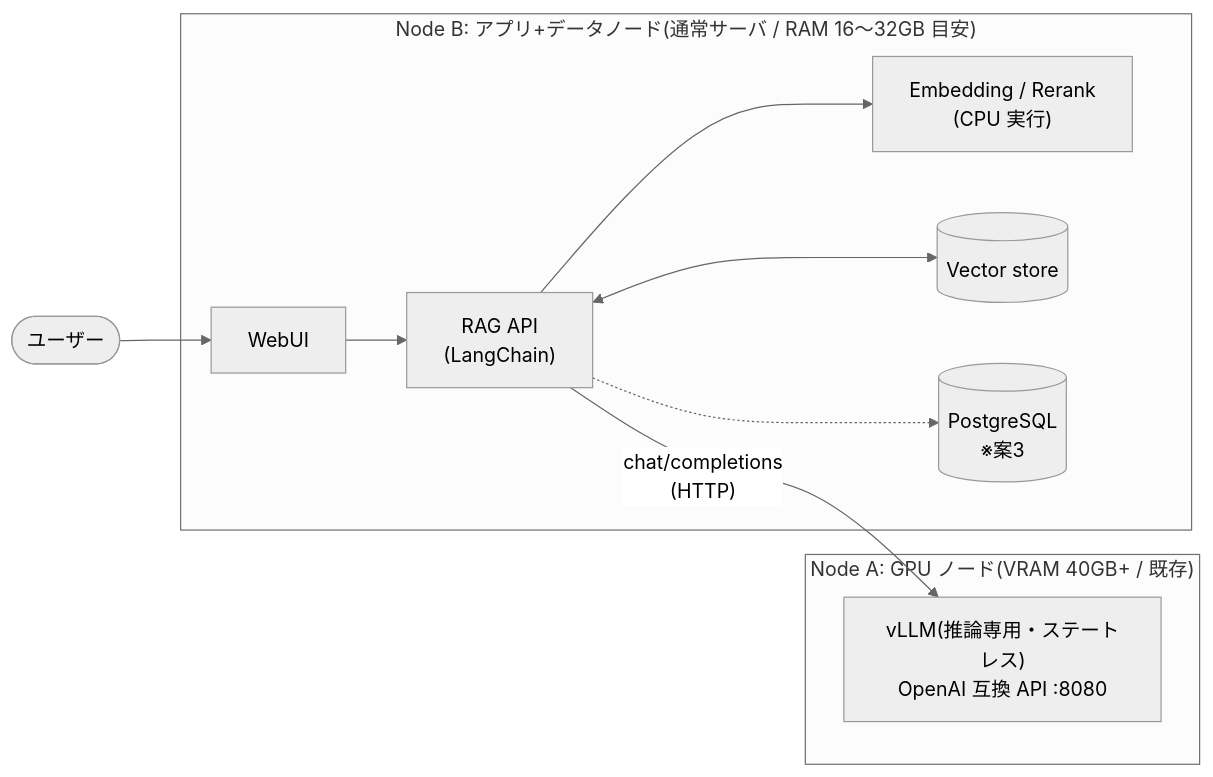
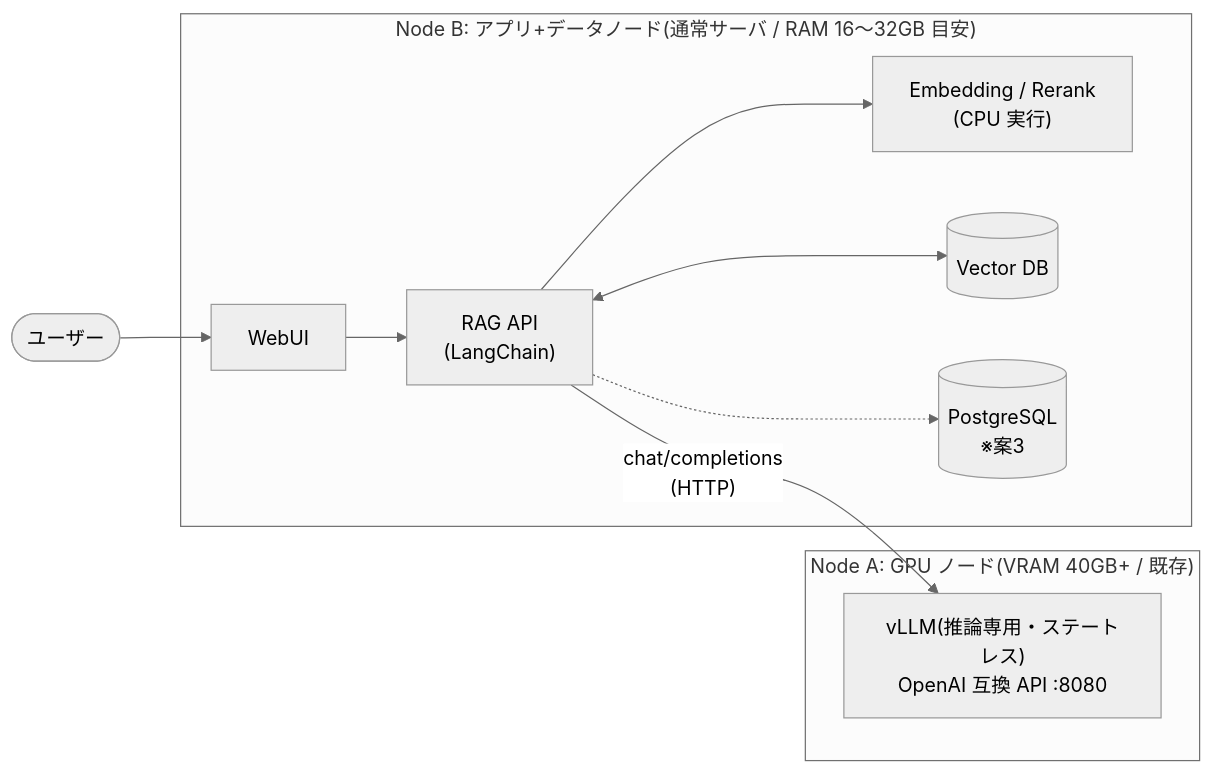
The second of 2 diagrams in README.md (irimura/rag-system), drawn with Mermaid (neutral theme) before and after one commit. The commit also changed other lines of this file and 10 other files, not shown here.

````diff
--- a/README.md
+++ b/README.md
@@ -92,23 +92,23 @@
 ```mermaid
 flowchart LR
     U(["ユーザー"])
 
     subgraph nodeB["Node B: アプリ+データノード(通常サーバ / RAM 16〜32GB 目安)"]
         UI["WebUI"]
         API["RAG API<br/>(LangChain)"]
         TEI["Embedding / Rerank<br/>(CPU 実行)"]
-        VDB[("Vector store")]
+        VDB[("Vector DB")]
         PG[("PostgreSQL<br/>※案3")]
         UI --> API
         API --> TEI
         API <--> VDB
         API -.-> PG
     end
 
     subgraph nodeA["Node A: GPU ノード(VRAM 40GB+ / 既存)"]
         VLLM["vLLM(推論専用・ステートレス)<br/>OpenAI 互換 API :8080"]
     end
 
     U --> UI
     API -->|"chat/completions<br/>(HTTP)"| VLLM
 ```
````
